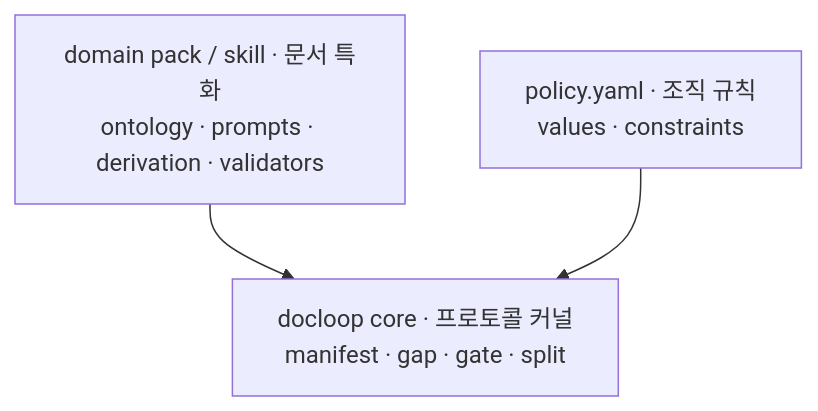
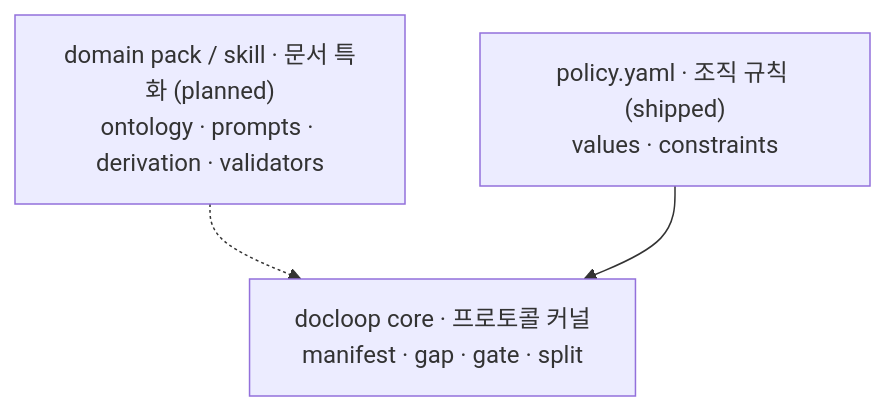
Before and after one commit to kaidomo/docloop: the diagram in README.md, drawn with Mermaid. The commit also changed other lines of this file, not shown here.

First line of the commit message:
docs(README): fix overselling flagged in review — mark unshipped as planned

````diff
--- a/README.md
+++ b/README.md
@@ -77,8 +134,8 @@
 ```mermaid
 flowchart TB
-  dom["domain pack / skill · 문서 특화<br/>ontology · prompts · derivation · validators"]
-  pol["policy.yaml · 조직 규칙<br/>values · constraints"]
+  dom["domain pack / skill · 문서 특화 (planned)<br/>ontology · prompts · derivation · validators"]
+  pol["policy.yaml · 조직 규칙 (shipped)<br/>values · constraints"]
   core["docloop core · 프로토콜 커널<br/>manifest · gap · gate · split"]
-  dom --> core
+  dom -.-> core
   pol --> core
 ```
````
